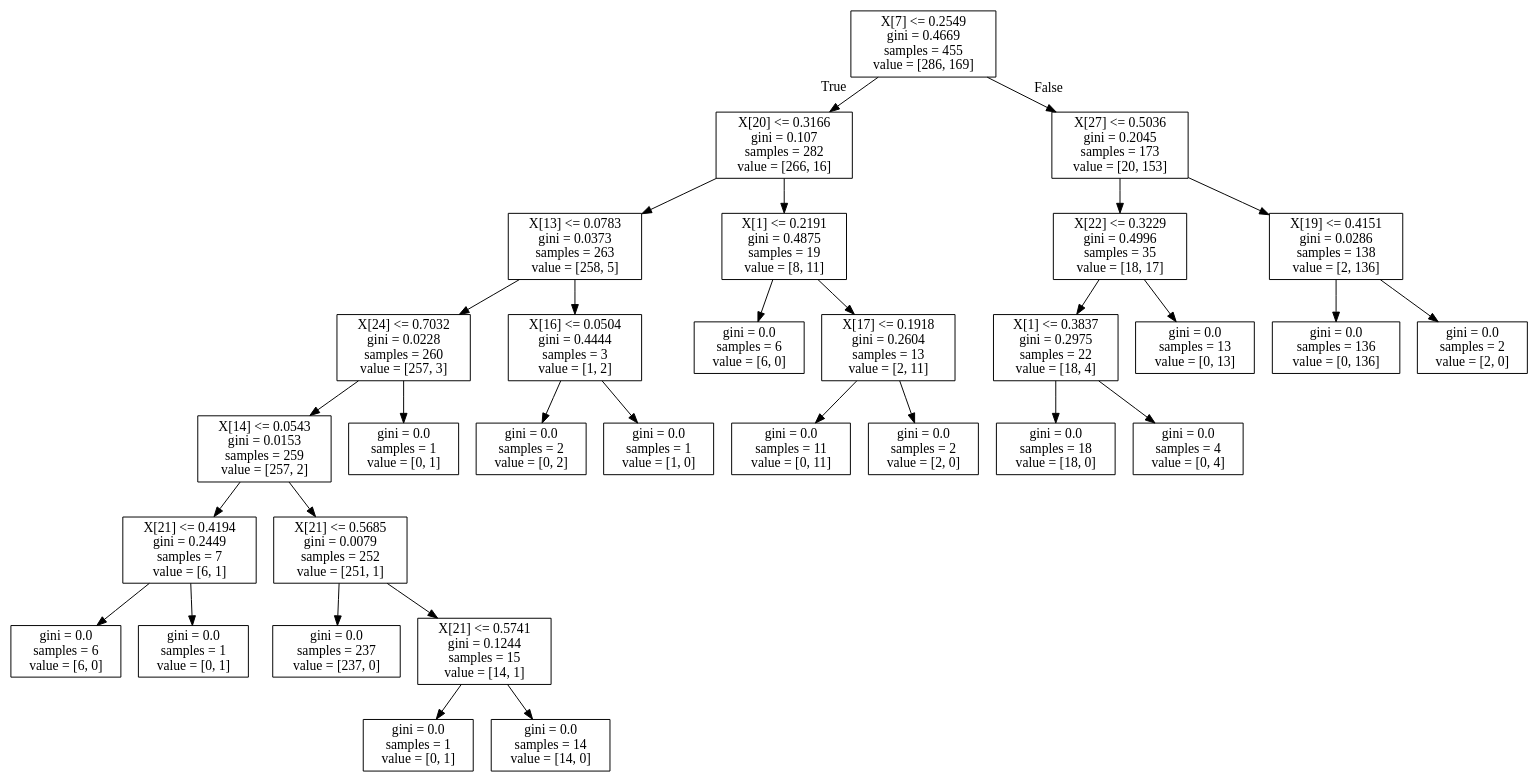
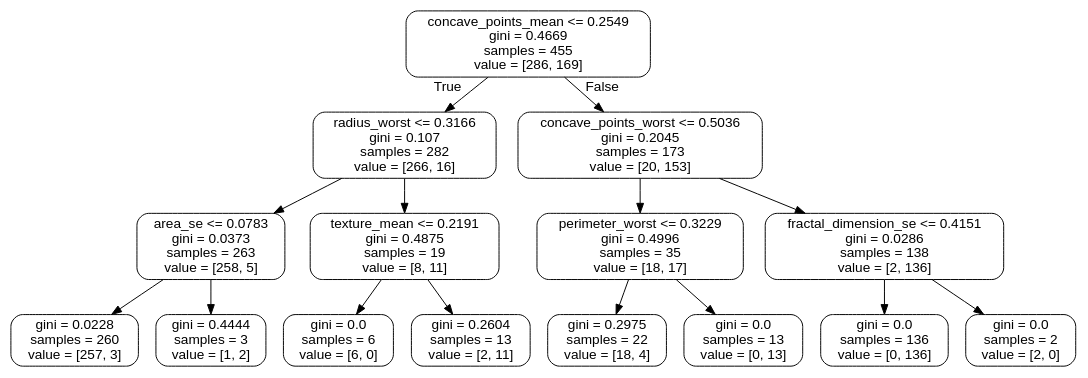
Before and after one commit to raviolli77/machineLearning_breastCancer_Python: the diagram in breastCancerWD.dot, drawn with Graphviz.

```diff
--- a/breastCancerWD.dot
+++ b/breastCancerWD.dot
@@ -1,64 +1,33 @@
 digraph Tree {
-node [shape=box] ;
-0 [label="X[7] <= 0.2549\ngini = 0.4669\nsamples = 455\nvalue = [286, 169]"] ;
-1 [label="X[20] <= 0.3166\ngini = 0.107\nsamples = 282\nvalue = [266, 16]"] ;
+node [shape=box, style="rounded", color="black", fontname=helvetica] ;
+edge [fontname=helvetica] ;
+0 [label="concave_points_mean <= 0.2549\ngini = 0.4669\nsamples = 455\nvalue = [286, 169]"] ;
+1 [label="radius_worst <= 0.3166\ngini = 0.107\nsamples = 282\nvalue = [266, 16]"] ;
 0 -> 1 [labeldistance=2.5, labelangle=45, headlabel="True"] ;
-2 [label="X[13] <= 0.0783\ngini = 0.0373\nsamples = 263\nvalue = [258, 5]"] ;
+2 [label="area_se <= 0.0783\ngini = 0.0373\nsamples = 263\nvalue = [258, 5]"] ;
 1 -> 2 ;
-3 [label="X[24] <= 0.7032\ngini = 0.0228\nsamples = 260\nvalue = [257, 3]"] ;
+3 [label="gini = 0.0228\nsamples = 260\nvalue = [257, 3]"] ;
 2 -> 3 ;
-4 [label="X[14] <= 0.0543\ngini = 0.0153\nsamples = 259\nvalue = [257, 2]"] ;
-3 -> 4 ;
-5 [label="X[21] <= 0.4194\ngini = 0.2449\nsamples = 7\nvalue = [6, 1]"] ;
-4 -> 5 ;
+4 [label="gini = 0.4444\nsamples = 3\nvalue = [1, 2]"] ;
+2 -> 4 ;
+5 [label="texture_mean <= 0.2191\ngini = 0.4875\nsamples = 19\nvalue = [8, 11]"] ;
+1 -> 5 ;
 6 [label="gini = 0.0\nsamples = 6\nvalue = [6, 0]"] ;
 5 -> 6 ;
-7 [label="gini = 0.0\nsamples = 1\nvalue = [0, 1]"] ;
+7 [label="gini = 0.2604\nsamples = 13\nvalue = [2, 11]"] ;
 5 -> 7 ;
-8 [label="X[21] <= 0.5685\ngini = 0.0079\nsamples = 252\nvalue = [251, 1]"] ;
-4 -> 8 ;
-9 [label="gini = 0.0\nsamples = 237\nvalue = [237, 0]"] ;
+8 [label="concave_points_worst <= 0.5036\ngini = 0.2045\nsamples = 173\nvalue = [20, 153]"] ;
+0 -> 8 [labeldistance=2.5, labelangle=-45, headlabel="False"] ;
+9 [label="perimeter_worst <= 0.3229\ngini = 0.4996\nsamples = 35\nvalue = [18, 17]"] ;
 8 -> 9 ;
-10 [label="X[21] <= 0.5741\ngini = 0.1244\nsamples = 15\nvalue = [14, 1]"] ;
-8 -> 10 ;
-11 [label="gini = 0.0\nsamples = 1\nvalue = [0, 1]"] ;
-10 -> 11 ;
-12 [label="gini = 0.0\nsamples = 14\nvalue = [14, 0]"] ;
-10 -> 12 ;
-13 [label="gini = 0.0\nsamples = 1\nvalue = [0, 1]"] ;
-3 -> 13 ;
-14 [label="X[16] <= 0.0504\ngini = 0.4444\nsamples = 3\nvalue = [1, 2]"] ;
-2 -> 14 ;
-15 [label="gini = 0.0\nsamples = 2\nvalue = [0, 2]"] ;
-14 -> 15 ;
-16 [label="gini = 0.0\nsamples = 1\nvalue = [1, 0]"] ;
-14 -> 16 ;
-17 [label="X[1] <= 0.2191\ngini = 0.4875\nsamples = 19\nvalue = [8, 11]"] ;
-1 -> 17 ;
-18 [label="gini = 0.0\nsamples = 6\nvalue = [6, 0]"] ;
-17 -> 18 ;
-19 [label="X[17] <= 0.1918\ngini = 0.2604\nsamples = 13\nvalue = [2, 11]"] ;
-17 -> 19 ;
-20 [label="gini = 0.0\nsamples = 11\nvalue = [0, 11]"] ;
-19 -> 20 ;
-21 [label="gini = 0.0\nsamples = 2\nvalue = [2, 0]"] ;
-19 -> 21 ;
-22 [label="X[27] <= 0.5036\ngini = 0.2045\nsamples = 173\nvalue = [20, 153]"] ;
-0 -> 22 [labeldistance=2.5, labelangle=-45, headlabel="False"] ;
-23 [label="X[22] <= 0.3229\ngini = 0.4996\nsamples = 35\nvalue = [18, 17]"] ;
-22 -> 23 ;
-24 [label="X[1] <= 0.3837\ngini = 0.2975\nsamples = 22\nvalue = [18, 4]"] ;
-23 -> 24 ;
-25 [label="gini = 0.0\nsamples = 18\nvalue = [18, 0]"] ;
-24 -> 25 ;
-26 [label="gini = 0.0\nsamples = 4\nvalue = [0, 4]"] ;
-24 -> 26 ;
-27 [label="gini = 0.0\nsamples = 13\nvalue = [0, 13]"] ;
-23 -> 27 ;
-28 [label="X[19] <= 0.4151\ngini = 0.0286\nsamples = 138\nvalue = [2, 136]"] ;
-22 -> 28 ;
-29 [label="gini = 0.0\nsamples = 136\nvalue = [0, 136]"] ;
-28 -> 29 ;
-30 [label="gini = 0.0\nsamples = 2\nvalue = [2, 0]"] ;
-28 -> 30 ;
+10 [label="gini = 0.2975\nsamples = 22\nvalue = [18, 4]"] ;
+9 -> 10 ;
+11 [label="gini = 0.0\nsamples = 13\nvalue = [0, 13]"] ;
+9 -> 11 ;
+12 [label="fractal_dimension_se <= 0.4151\ngini = 0.0286\nsamples = 138\nvalue = [2, 136]"] ;
+8 -> 12 ;
+13 [label="gini = 0.0\nsamples = 136\nvalue = [0, 136]"] ;
+12 -> 13 ;
+14 [label="gini = 0.0\nsamples = 2\nvalue = [2, 0]"] ;
+12 -> 14 ;
 }
```
